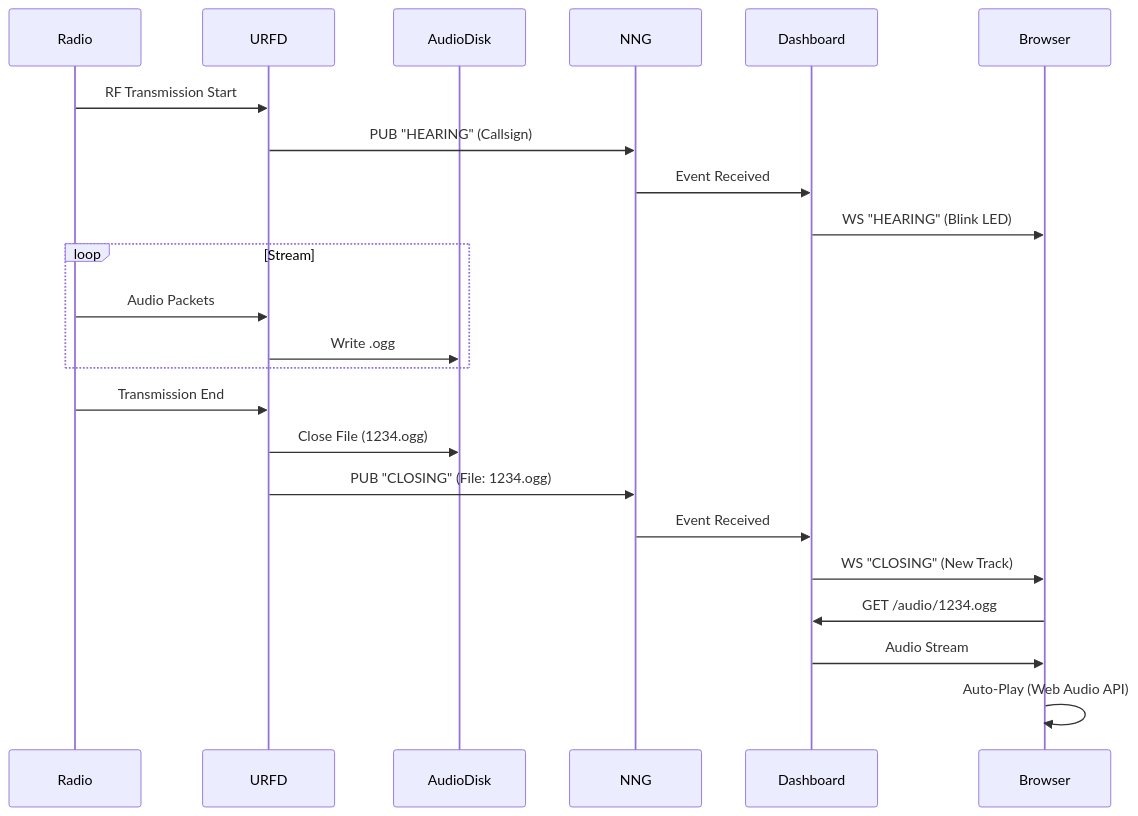
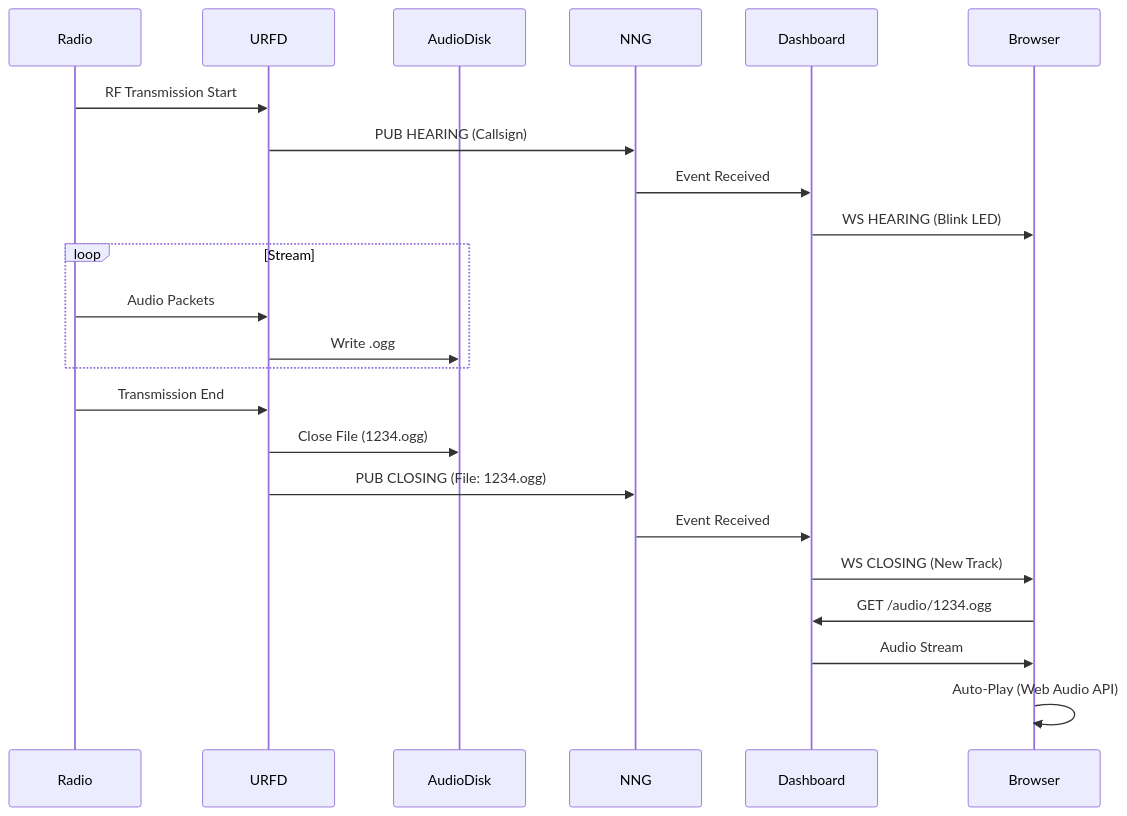
The diagram in docs/diagrams/diagram_pipeline.mmd (dbehnke/urfd-docker), drawn with Mermaid before and after one commit. The commit also changed 7 other files, not shown here.

Commit message:
docs: fix mermaid syntax (replace invalid Note in flowchart) and refresh PDF images

```diff
--- a/docs/diagrams/diagram_pipeline.mmd
+++ b/docs/diagrams/diagram_pipeline.mmd
@@ -1,27 +1,27 @@
 sequenceDiagram
     participant Radio
     participant URFD
     participant AudioDisk
     participant NNG
     participant Dashboard
     participant Browser
     
     Radio->>URFD: RF Transmission Start
-    URFD->>NNG: PUB "HEARING" (Callsign)
+    URFD->>NNG: PUB HEARING (Callsign)
     NNG->>Dashboard: Event Received
-    Dashboard->>Browser: WS "HEARING" (Blink LED)
+    Dashboard->>Browser: WS HEARING (Blink LED)
     
     loop Stream
         Radio->>URFD: Audio Packets
         URFD->>AudioDisk: Write .ogg
     end
     
     Radio->>URFD: Transmission End
     URFD->>AudioDisk: Close File (1234.ogg)
-    URFD->>NNG: PUB "CLOSING" (File: 1234.ogg)
+    URFD->>NNG: PUB CLOSING (File: 1234.ogg)
     NNG->>Dashboard: Event Received
-    Dashboard->>Browser: WS "CLOSING" (New Track)
+    Dashboard->>Browser: WS CLOSING (New Track)
     
     Browser->>Dashboard: GET /audio/1234.ogg
     Dashboard->>Browser: Audio Stream
     Browser->>Browser: Auto-Play (Web Audio API)
```
